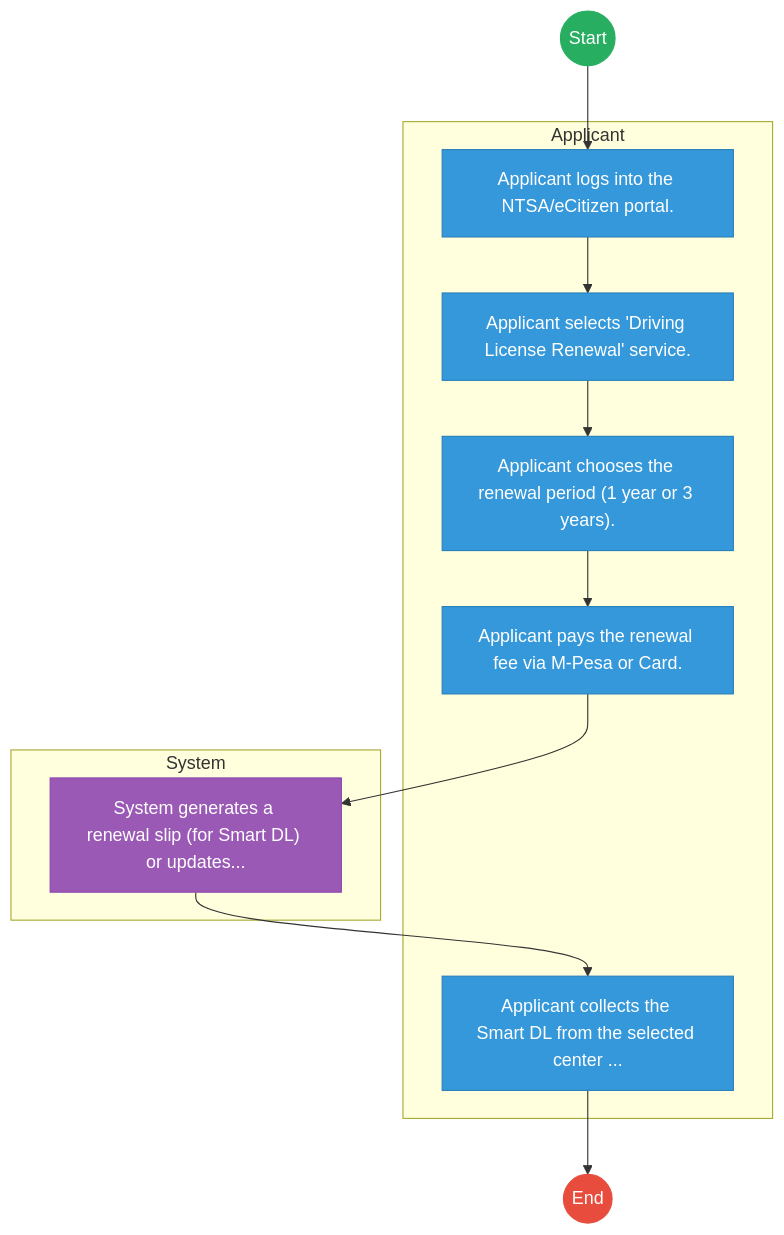
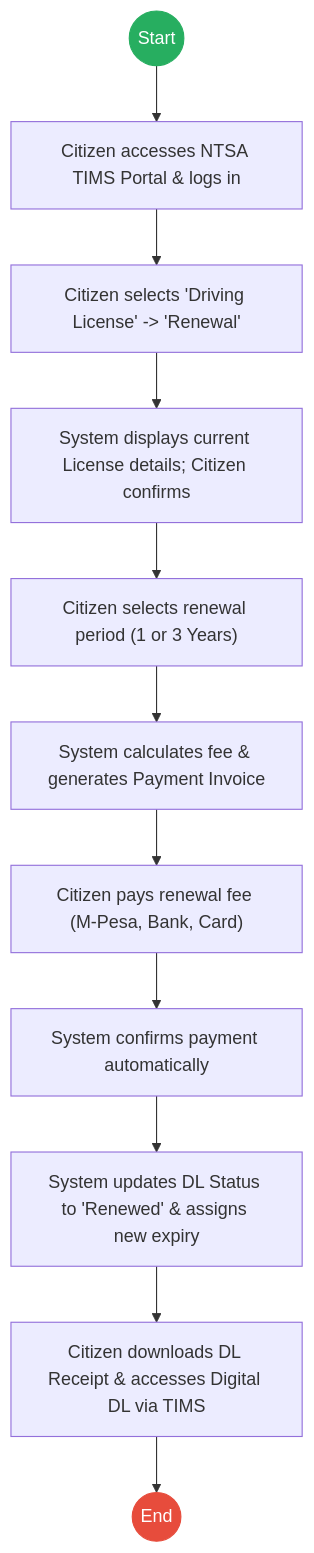
The first of 2 diagrams in mdas/docs_final/NATIONAL_TRANSPORT_AND_SAFETY_AUTHORITY_NTSA____Driving_License_Renewal.md (BITZ-IT-Consulting-LTD/ictapoc), drawn with Mermaid before and after one commit. The commit also changed other lines of this file and 4 other files, not shown here.

````diff
--- a/mdas/docs_final/NATIONAL_TRANSPORT_AND_SAFETY_AUTHORITY_NTSA____Driving_License_Renewal.md
+++ b/mdas/docs_final/NATIONAL_TRANSPORT_AND_SAFETY_AUTHORITY_NTSA____Driving_License_Renewal.md
@@ -20,32 +20,18 @@
 ```mermaid
 graph TD
     Start((Start)) --> S1
-
-    subgraph Applicant [Applicant]
-        S1["Applicant logs into the NTSA/eCitizen portal."]
-        S2["Applicant selects 'Driving License Renewal' service."]
-        S3["Applicant chooses the renewal period (1 year or 3 years)."]
-        S4["Applicant pays the renewal fee via M-Pesa or Card."]
-        S6["Applicant collects the Smart DL from the selected center ..."]
-    end
-
-    subgraph System [System]
-        S5["System generates a renewal slip (for Smart DL) or updates..."]
-    end
-    S1 --> S2
-    S2 --> S3
-    S3 --> S4
-    S4 --> S5
-    S5 --> S6
-    S6 --> End((End))
+    S1["Citizen accesses NTSA TIMS Portal & logs in"] --> S2
+    S2["Citizen selects 'Driving License' -> 'Renewal'"] --> S3
+    S3["System displays current License details; Citizen confirms"] --> S4
+    S4["Citizen selects renewal period (1 or 3 Years)"] --> S5
+    S5["System calculates fee & generates Payment Invoice"] --> S6
+    S6["Citizen pays renewal fee (M-Pesa, Bank, Card)"] --> S7
+    S7["System confirms payment automatically"] --> S8
+    S8["System updates DL Status to 'Renewed' & assigns new expiry"] --> S9
+    S9["Citizen downloads DL Receipt & accesses Digital DL via TIMS"] --> End((End))
 
     classDef start fill:#27ae60,stroke:#27ae60,color:#fff;
     classDef endNode fill:#e74c3c,stroke:#e74c3c,color:#fff;
-    classDef userTask fill:#3498db,stroke:#2980b9,color:#fff;
-    classDef serviceTask fill:#9b59b6,stroke:#8e44ad,color:#fff;
-
     class Start start;
     class End endNode;
-    class S1,S2,S3,S4,S6 userTask;
-    class S5 serviceTask;
 ```
````
